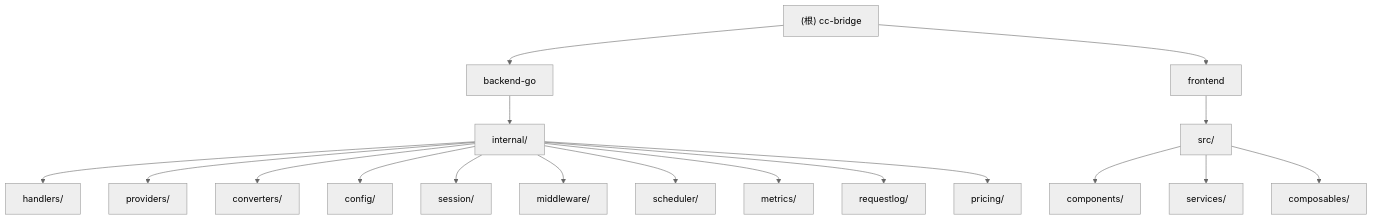
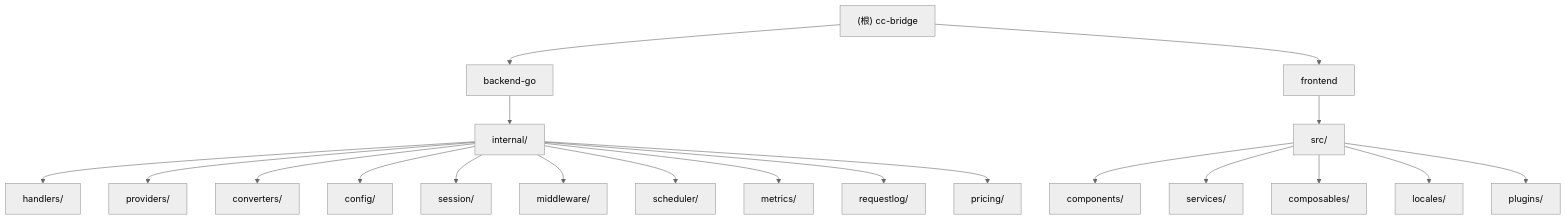
One commit to JillVernus/cc-bridge changed the diagram in CLAUDE.md. Above: the diagram before and after it, drawn with Mermaid (neutral theme). The commit also changed other lines of this file and 1 other file, not shown here.

````diff
--- a/CLAUDE.md
+++ b/CLAUDE.md
@@ -36,22 +43,24 @@
 ```mermaid
 graph TD
     A["(根) cc-bridge"] --> B["backend-go"];
     A --> C["frontend"];
 
     B --> B1["internal/"];
     B1 --> B11["handlers/"];
     B1 --> B12["providers/"];
     B1 --> B13["converters/"];
     B1 --> B14["config/"];
     B1 --> B15["session/"];
     B1 --> B16["middleware/"];
     B1 --> B17["scheduler/"];
     B1 --> B18["metrics/"];
     B1 --> B19["requestlog/"];
     B1 --> B20["pricing/"];
 
     C --> C1["src/"];
     C1 --> C11["components/"];
     C1 --> C12["services/"];
     C1 --> C13["composables/"];
+    C1 --> C14["locales/"];
+    C1 --> C15["plugins/"];
 ```
````
